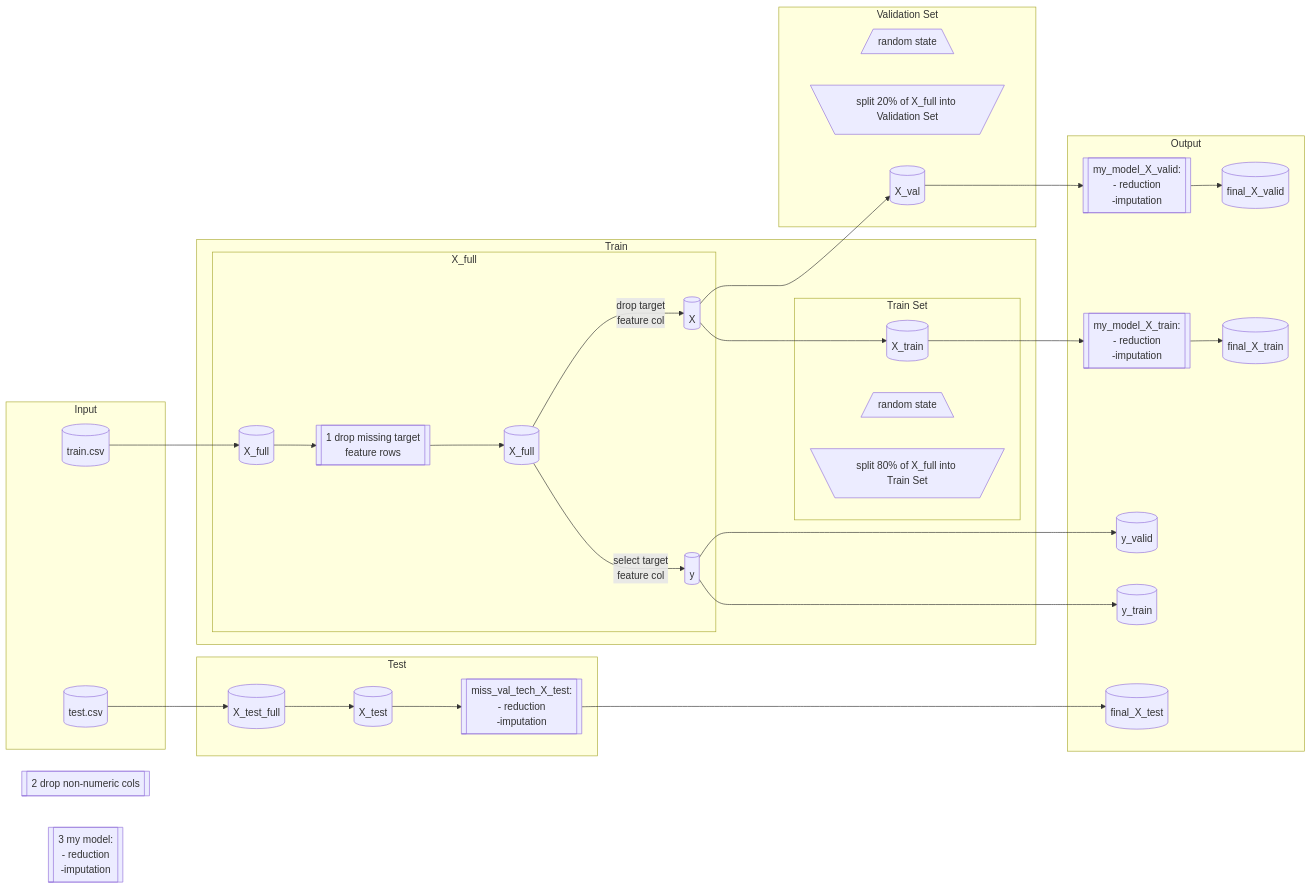
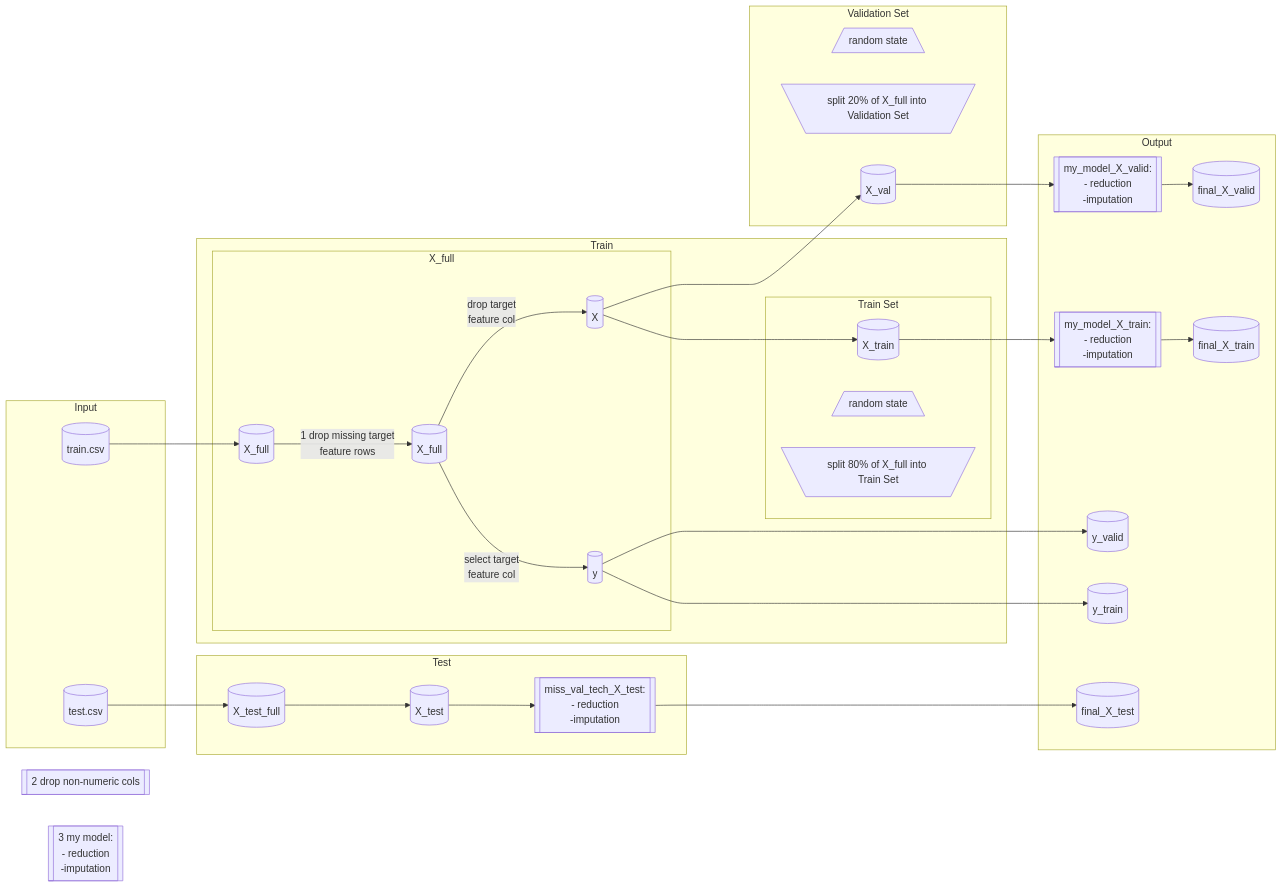
The first of 3 diagrams in ml_flow.md (patmejia/kaggle_ml), drawn with Mermaid before and after one commit. The commit also changed 2 other files, not shown here.

Commit message:
updates workflow

````diff
--- a/ml_flow.md
+++ b/ml_flow.md
@@ -16,72 +16,70 @@
 ```mermaid
 graph LR
     id1[(train.csv)]
     id2[(test.csv)]
     id3[(X_full)]
     id3_1[(X_full)]
     id4[(X_test_full)]
     id5[(y)]
     id6[(X_test)]
     id7[(X)]
     id9[(X_train)]
     random_state1[/random state\]
     random_state2[/random state\]
     id14[(final_X_train)]
     id15[(final_X_valid)]
     id16[(final_X_test)]
     split1[\split 80% of X_full into Train Set/]
     split2[\split 20% of X_full into Validation Set/]
     id9[(X_train)]
     id9_1[[my_model_X_train: </br>- reduction</br> -imputation]]
     id10[(X_val)]
     id10_1[[my_model_X_valid: </br>- reduction</br> -imputation]]
     id11[(y_train)]
     id12[(y_valid)]
     id13[[miss_val_tech_X_test: </br>- reduction</br> -imputation]]
-    drop1[[1 drop missing target </br>feature rows]]
     drop2[[2 drop non-numeric cols]]
     drop3[[3 my model: </br>- reduction</br> -imputation]]
 
 subgraph Input
     id1
     id2
 end
 id1 --> id3
 id2 --> id4
 
     subgraph Train
         subgraph X_full
-        id3 --> drop1
-        drop1 --> id3_1
+        id3 --> |1 drop missing target </br>feature rows| id3_1
         id3_1 --> |select target </br> feature col| id5
         id3_1 --> |drop target </br>feature col| id7
         end
 
         subgraph Train Set
         split1
         random_state1
         id7 ---> id9
         end
     end
         subgraph Validation Set
         split2
         random_state2
         id7 --> id10
         end
 
     subgraph Test
     id4 --> id6
     id6 --> id13
     end
     id9 --> id9_1
     id10 --> id10_1
 
 subgraph Output
 id9_1 --> id14
 id10_1 --> id15
 id13 --> id16
         id5 ---> id11
         id5 --> id12
 end
 
 ```
````
